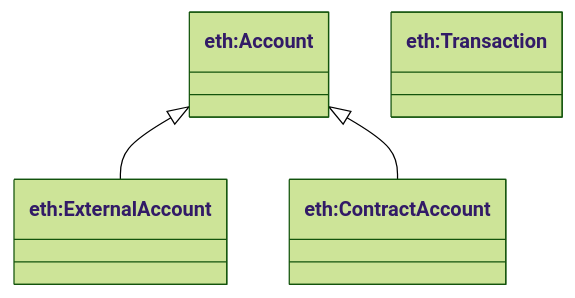
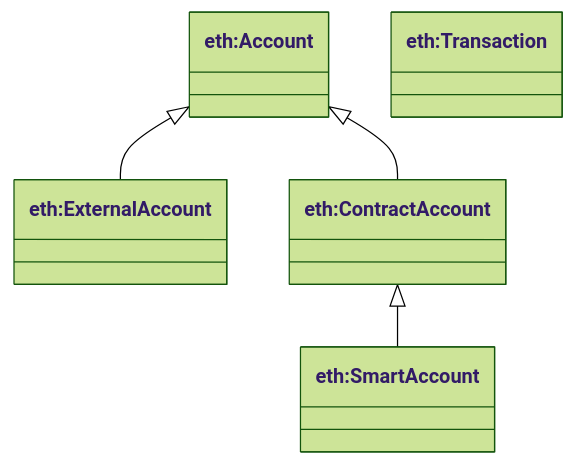
Before and after one commit to RichCanvas3/agent-ontology: the first of 2 diagrams in docs/ethereum.md, drawn with Mermaid (forest theme). The commit also changed other lines of this file and 30 other files, not shown here.

````diff
--- a/docs/ethereum.md
+++ b/docs/ethereum.md
@@ -19,10 +22,12 @@
 ```mermaid
 classDiagram
   class account["eth:Account"]
   class eoa["eth:ExternalAccount"]
   class contract["eth:ContractAccount"]
+  class smart["eth:SmartAccount"]
   class tx["eth:Transaction"]
 
   account <|-- eoa
   account <|-- contract
+  contract <|-- smart
 ```
````
